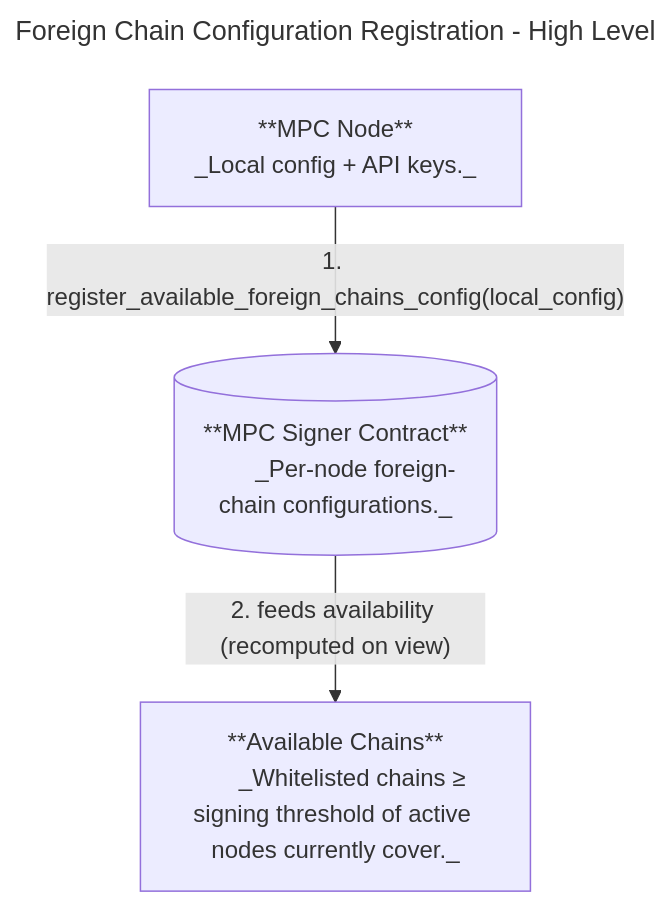
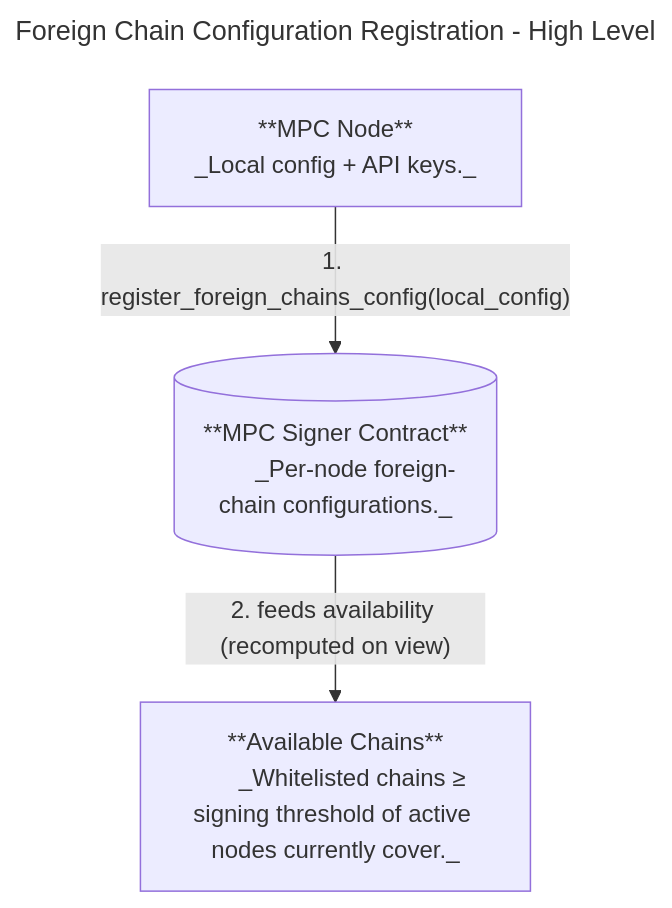
The second of 2 diagrams in docs/foreign-chain-transactions.md (near/mpc), drawn with Mermaid before and after one commit. The commit also changed other lines of this file and 10 other files, not shown here.

````diff
--- a/docs/foreign-chain-transactions.md
+++ b/docs/foreign-chain-transactions.md
@@ -565,21 +565,21 @@
 ```mermaid
 ---
 title: Foreign Chain Configuration Registration - High Level
 ---
 flowchart TD
     NODE["**MPC Node**
       _Local config + API keys._"]
 
     SC["**MPC Signer Contract**
       _Per-node foreign-chain configurations._"]
 
     AVAILABLE["**Available Chains**
       _Whitelisted chains ≥ signing threshold of active nodes currently cover._"]
 
-    NODE -->|"1. register_available_foreign_chains_config(local_config)"| SC
+    NODE -->|"1. register_foreign_chains_config(local_config)"| SC
     SC -->|"2. feeds availability (recomputed on view)"| AVAILABLE
 
     NODE@{ shape: proc}
     SC@{ shape: db}
     AVAILABLE@{ shape: proc}
 ```
````
